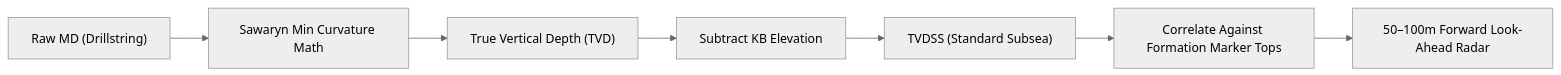
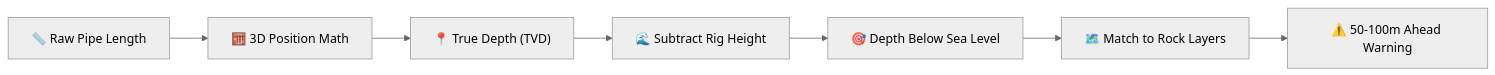
Before and after one commit to Arjundas08/eRTMAC-NWIS: the second of 4 diagrams in README.md, drawn with Mermaid (neutral theme). The commit also changed other lines of this file, not shown here.

````diff
--- a/README.md
+++ b/README.md
@@ -109,9 +129,9 @@
 ```mermaid
 graph LR
-    A["Raw MD (Drillstring)"] --> B["Sawaryn Min Curvature Math"]
-    B --> C["True Vertical Depth (TVD)"]
-    C --> D["Subtract KB Elevation"]
-    D --> E["TVDSS (Standard Subsea)"]
-    E --> F["Correlate Against Formation Marker Tops"]
-    F --> G["50–100m Forward Look-Ahead Radar"]
+    A["📏 Raw Pipe Length"] --> B["🧮 3D Position Math"]
+    B --> C["📍 True Depth (TVD)"]
+    C --> D["🌊 Subtract Rig Height"]
+    D --> E["🎯 Depth Below Sea Level"]
+    E --> F["🗺️ Match to Rock Layers"]
+    F --> G["⚠️ 50-100m Ahead Warning"]
 ```
````
